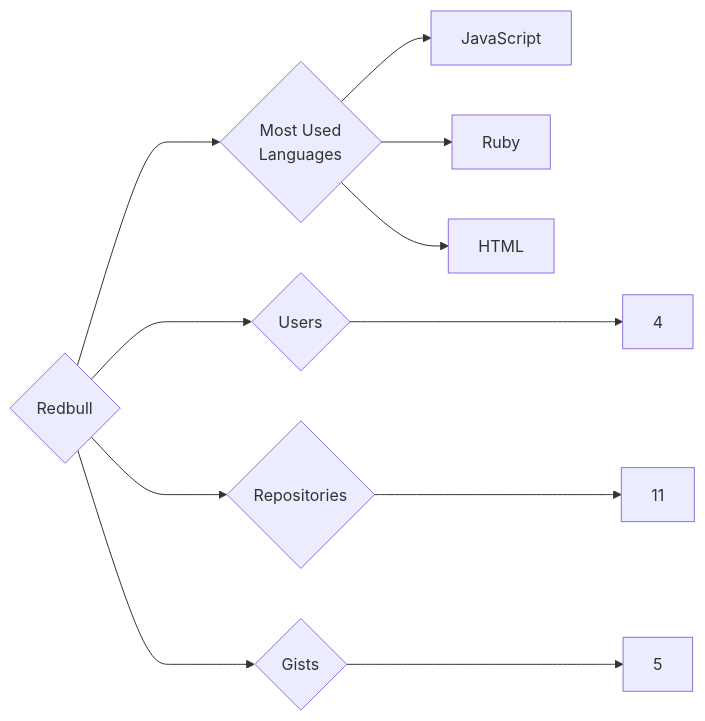
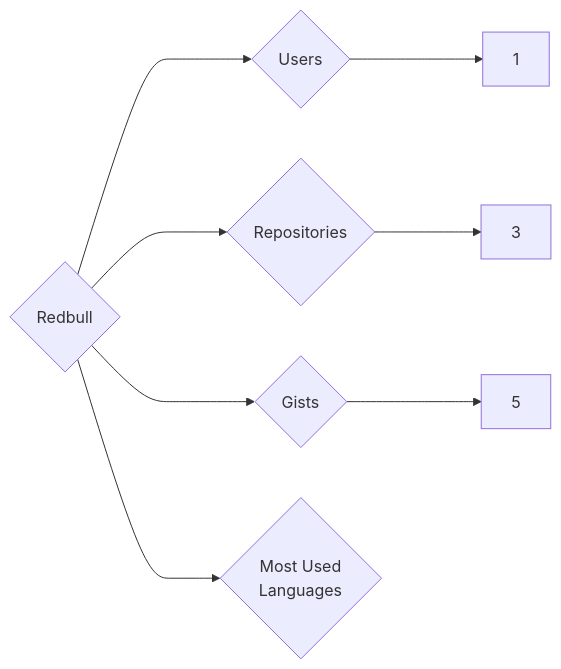
Before and after one commit to trickest/insiders: the diagram in targets/Redbull/README.md, drawn with Mermaid. The commit also changed 969 other files, not shown here.

````diff
--- a/targets/Redbull/README.md
+++ b/targets/Redbull/README.md
@@ -3,11 +3,8 @@
 ```mermaid
 graph LR
 COMPANY_NAME{Redbull}
-COMPANY_NAME ---> U{Users} ---> UN[4]
-COMPANY_NAME ---> R{Repositories} ---> RN[11]
+COMPANY_NAME ---> U{Users} ---> UN[1]
+COMPANY_NAME ---> R{Repositories} ---> RN[3]
 COMPANY_NAME ---> G{Gists} ---> GN[5]
 COMPANY_NAME ---> ML{Most Used<br>Languages}
-ML --> JavaScript[JavaScript]
-ML --> Ruby[Ruby]
-ML --> HTML[HTML]
 ```
````
